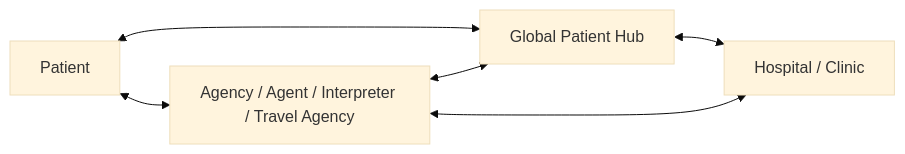
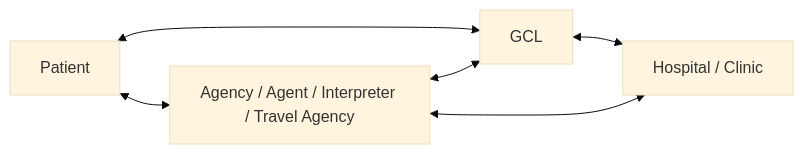
Before and after one commit to ganji-saju/gcl: the first of 2 diagrams in docs/product/07-multi-sided-partner-network-plan.md, drawn with Mermaid (base theme). The commit also changed other lines of this file and 31 other files, not shown here.

````diff
--- a/docs/product/07-multi-sided-partner-network-plan.md
+++ b/docs/product/07-multi-sided-partner-network-plan.md
@@ -10,13 +10,13 @@
 ```mermaid
 flowchart LR
   Patient["Patient"]
-  Platform["Global Patient Hub"]
+  Platform["GCL"]
   Partner["Agency / Agent / Interpreter / Travel Agency"]
   Provider["Hospital / Clinic"]
 
   Patient <--> Platform
   Patient <--> Partner
   Partner <--> Platform
   Partner <--> Provider
   Platform <--> Provider
 ```
````
